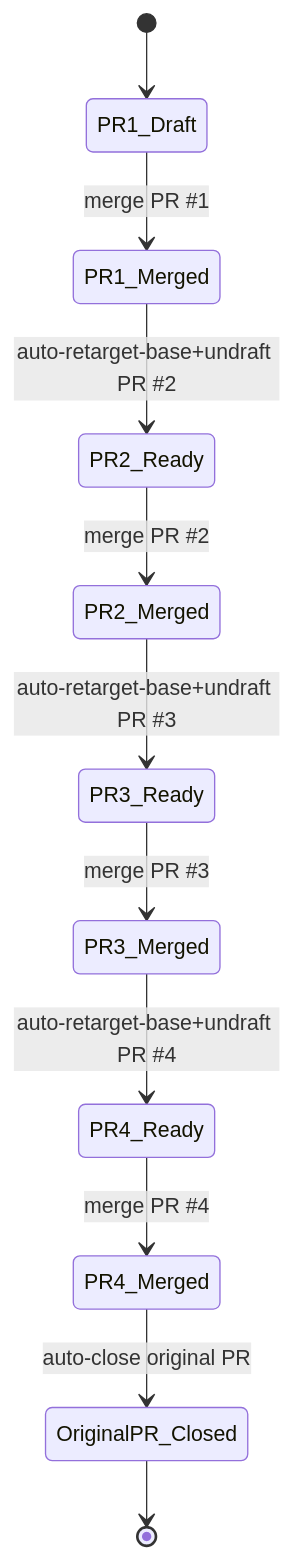
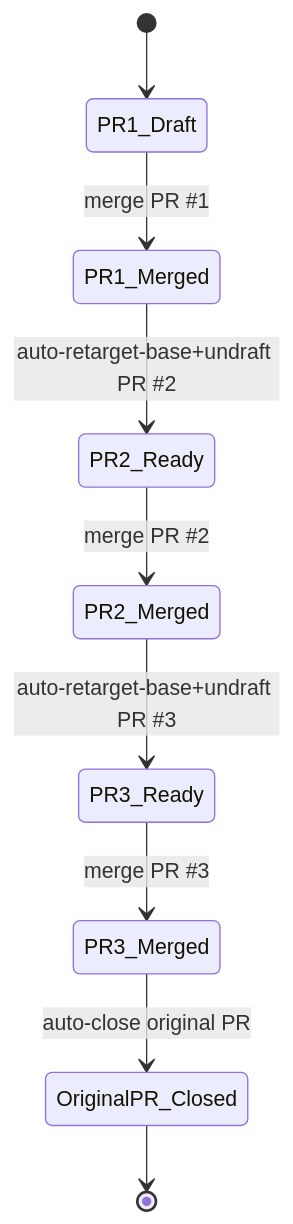
Before and after one commit to kMJT000/prsplit: the second of 2 diagrams in README.md, drawn with Mermaid. The commit also changed other lines of this file, not shown here.

````diff
--- a/README.md
+++ b/README.md
@@ -188,13 +155,11 @@
 ```mermaid
 stateDiagram-v2
   [*] --> PR1_Draft
   PR1_Draft --> PR1_Merged: merge PR #1
   PR1_Merged --> PR2_Ready: auto-retarget-base+undraft PR #2
   PR2_Ready --> PR2_Merged: merge PR #2
   PR2_Merged --> PR3_Ready: auto-retarget-base+undraft PR #3
   PR3_Ready --> PR3_Merged: merge PR #3
-  PR3_Merged --> PR4_Ready: auto-retarget-base+undraft PR #4
-  PR4_Ready --> PR4_Merged: merge PR #4
-  PR4_Merged --> OriginalPR_Closed: auto-close original PR
+  PR3_Merged --> OriginalPR_Closed: auto-close original PR
   OriginalPR_Closed --> [*]
 ```
````
